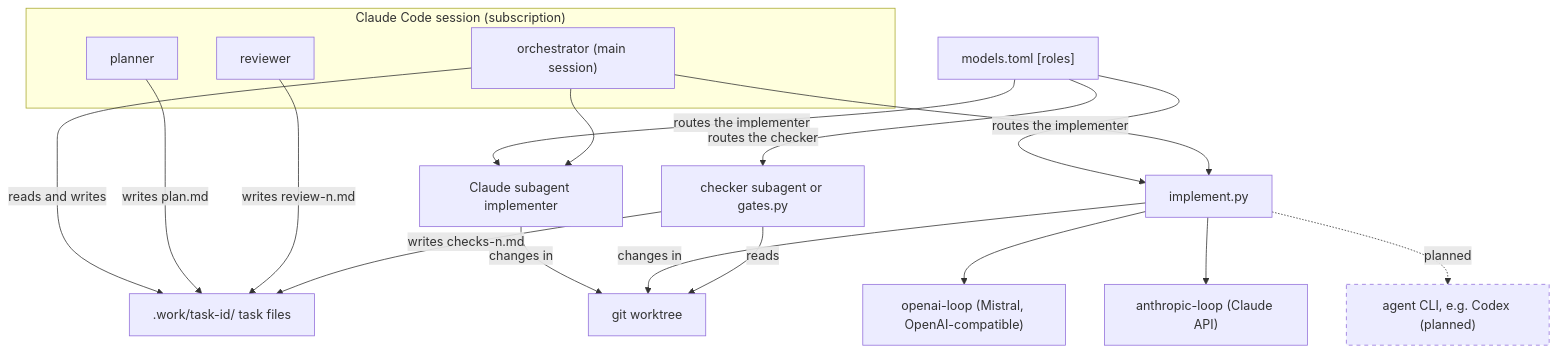
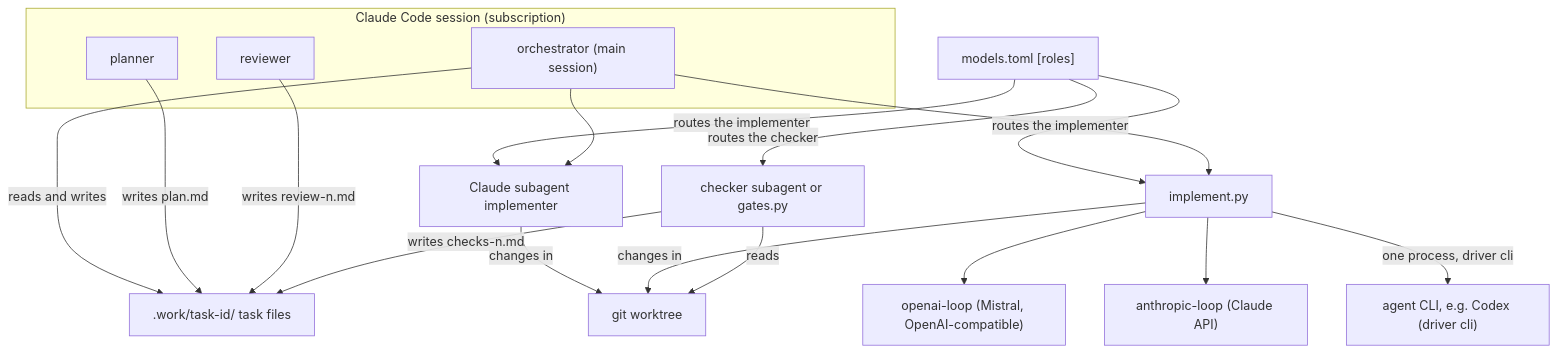
Before and after one commit to jakos/claude-baseline: the second of 3 diagrams in README.md, drawn with Mermaid. The commit also changed other lines of this file and 26 other files, not shown here.

First line of the commit message:
feat(task-flow): add a generic cli driver to implement.py

````diff
--- a/README.md
+++ b/README.md
@@ -64,34 +64,32 @@
 ```mermaid
 flowchart TD
   subgraph session["Claude Code session (subscription)"]
     orch["orchestrator (main session)"]
     planner["planner"]
     reviewer["reviewer"]
   end
   files[".work/task-id/ task files"]
   cfg["models.toml [roles]"]
   sub["Claude subagent implementer"]
   impl["implement.py"]
   loop1["openai-loop (Mistral, OpenAI-compatible)"]
   loop2["anthropic-loop (Claude API)"]
-  cli["agent CLI, e.g. Codex (planned)"]
+  cli["agent CLI, e.g. Codex (driver cli)"]
   gate["checker subagent or gates.py"]
   wt["git worktree"]
   orch -->|"reads and writes"| files
   planner -->|"writes plan.md"| files
   reviewer -->|"writes review-n.md"| files
   cfg -->|"routes the implementer"| sub
   cfg -->|"routes the implementer"| impl
   cfg -->|"routes the checker"| gate
   orch --> sub
   orch --> impl
   impl --> loop1
   impl --> loop2
-  impl -.->|"planned"| cli
+  impl -->|"one process, driver cli"| cli
   sub -->|"changes in"| wt
   impl -->|"changes in"| wt
   gate -->|"reads"| wt
   gate -->|"writes checks-n.md"| files
-  classDef planned stroke-dasharray: 5 5
-  class cli planned
 ```
````
